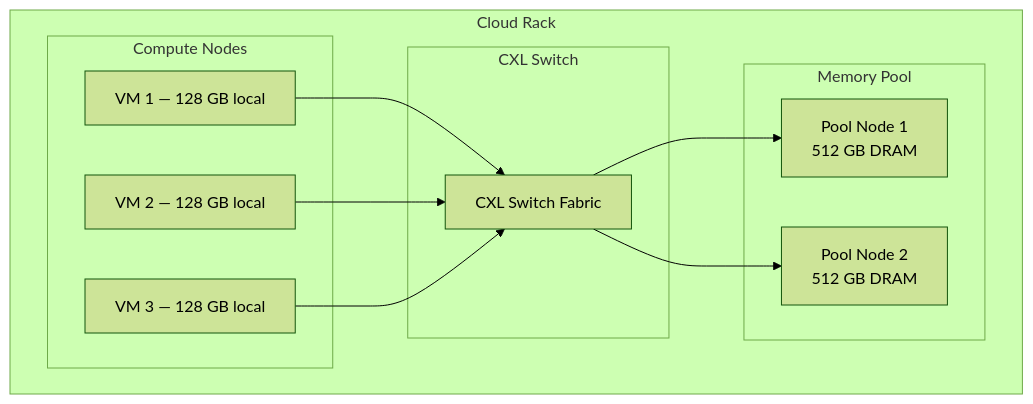
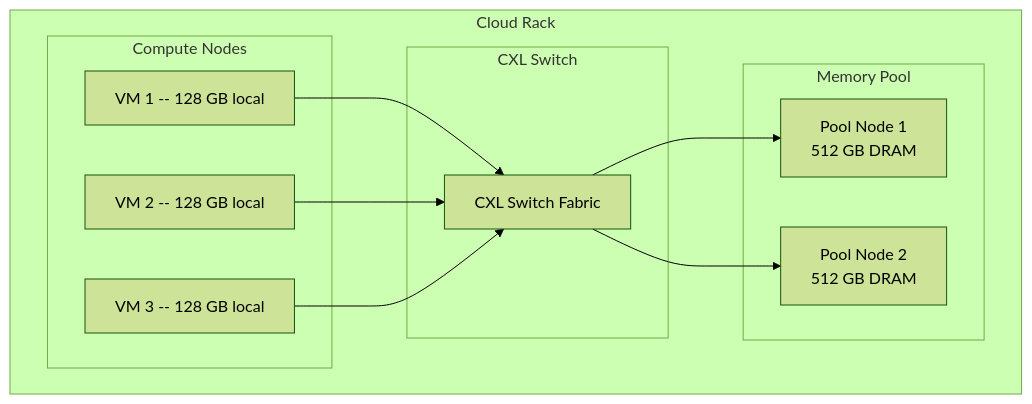
Before and after one commit to Abhinav-Kumar012/lb2: the ninth of 9 diagrams in src/kernel/memory/cxl.md, drawn with Mermaid (forest theme). The commit also changed other lines of this file and 211 other files, not shown here.

First line of the commit message:
fix: mermaid syntax issues across 212 files

````diff
--- a/src/kernel/memory/cxl.md
+++ b/src/kernel/memory/cxl.md
@@ -577,25 +577,25 @@
 ```mermaid
 graph TB
     subgraph "Cloud Rack"
         subgraph "Compute Nodes"
-            VM1[VM 1 — 128 GB local]
-            VM2[VM 2 — 128 GB local]
-            VM3[VM 3 — 128 GB local]
+            VM1[VM 1 -- 128 GB local]
+            VM2[VM 2 -- 128 GB local]
+            VM3[VM 3 -- 128 GB local]
         end
 
         subgraph "CXL Switch"
             CXL_SW[CXL Switch Fabric]
         end
 
         subgraph "Memory Pool"
-            POOL1["Pool Node 1<br/>512 GB DRAM"]
-            POOL2["Pool Node 2<br/>512 GB DRAM"]
+            POOL1["Pool Node 1<br>512 GB DRAM"]
+            POOL2["Pool Node 2<br>512 GB DRAM"]
         end
     end
 
     VM1 --> CXL_SW
     VM2 --> CXL_SW
     VM3 --> CXL_SW
     CXL_SW --> POOL1
     CXL_SW --> POOL2
 ```
````
